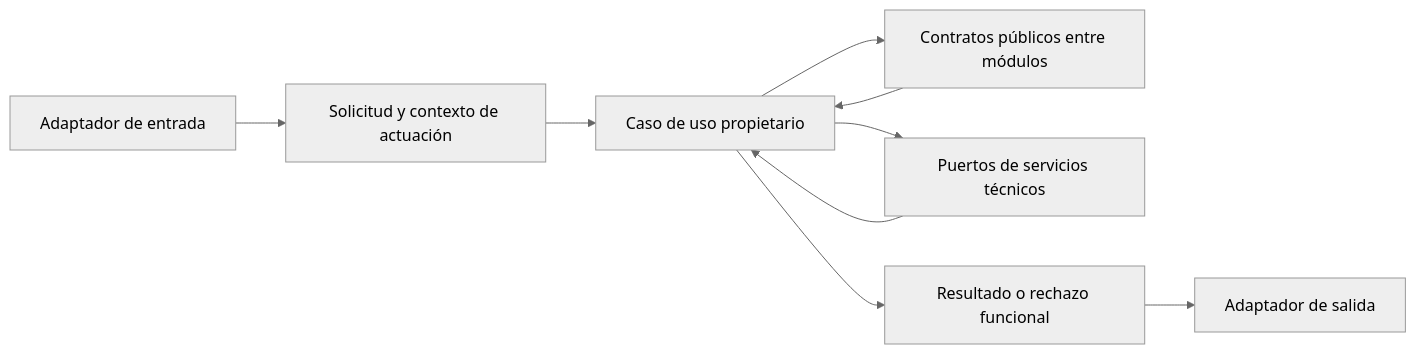
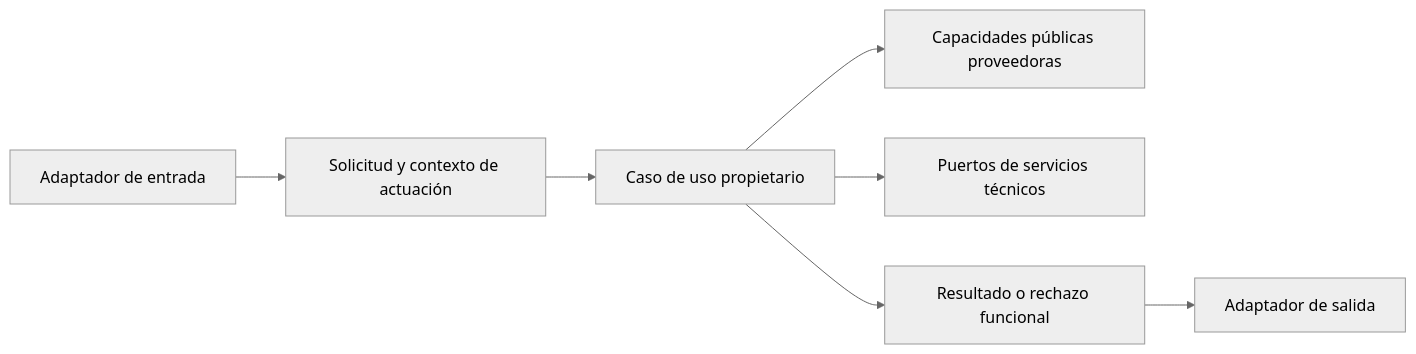
Before and after one commit to EderPanta18/academic-management-api: the diagram in docs/07-application/01-application-design.md, drawn with Mermaid (neutral theme). The commit also changed other lines of this file and 24 other files, not shown here.

Commit message:
docs: update architecture and access control

````diff
--- a/docs/07-application/01-application-design.md
+++ b/docs/07-application/01-application-design.md
@@ -21,11 +21,9 @@
 ```mermaid
 flowchart LR
     E[Adaptador de entrada] --> N[Solicitud y contexto de actuación]
     N --> U[Caso de uso propietario]
-    U --> C[Contratos públicos entre módulos]
+    U --> C[Capacidades públicas proveedoras]
     U --> P[Puertos de servicios técnicos]
-    C --> U
-    P --> U
     U --> R[Resultado o rechazo funcional]
     R --> S[Adaptador de salida]
 ```
````
